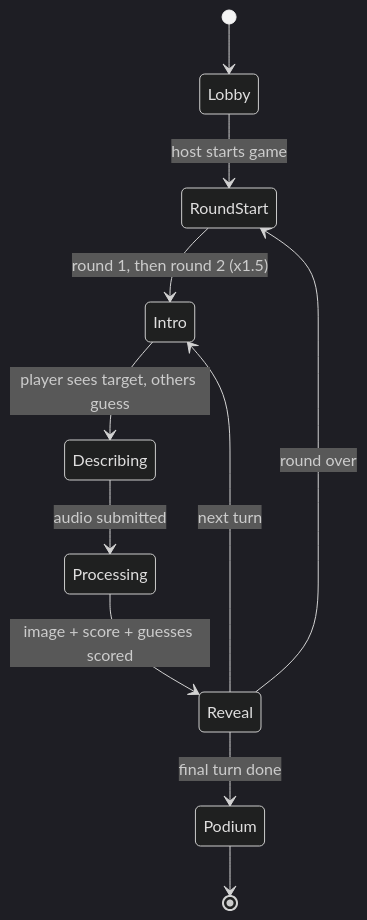
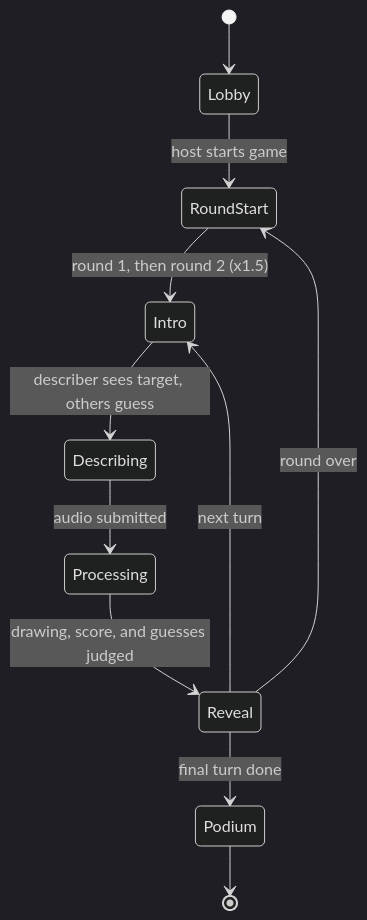
The first of 2 diagrams in README.md (samanglo814/Promptionary), drawn with Mermaid (dark theme) before and after one commit. The commit also changed other lines of this file, not shown here.

````diff
--- a/README.md
+++ b/README.md
@@ -35,13 +35,13 @@
 ```mermaid
 stateDiagram-v2
     [*] --> Lobby
     Lobby --> RoundStart: host starts game
     RoundStart --> Intro: round 1, then round 2 (x1.5)
-    Intro --> Describing: player sees target, others guess
+    Intro --> Describing: describer sees target, others guess
     Describing --> Processing: audio submitted
-    Processing --> Reveal: image + score + guesses scored
+    Processing --> Reveal: drawing, score, and guesses judged
     Reveal --> Intro: next turn
     Reveal --> RoundStart: round over
     Reveal --> Podium: final turn done
     Podium --> [*]
 ```
````
